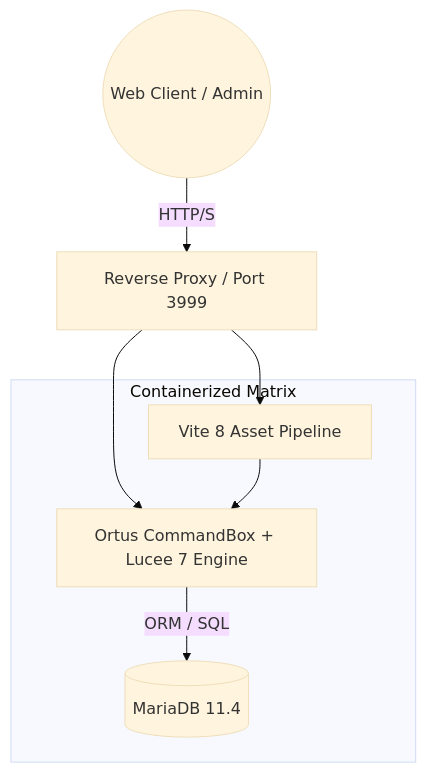
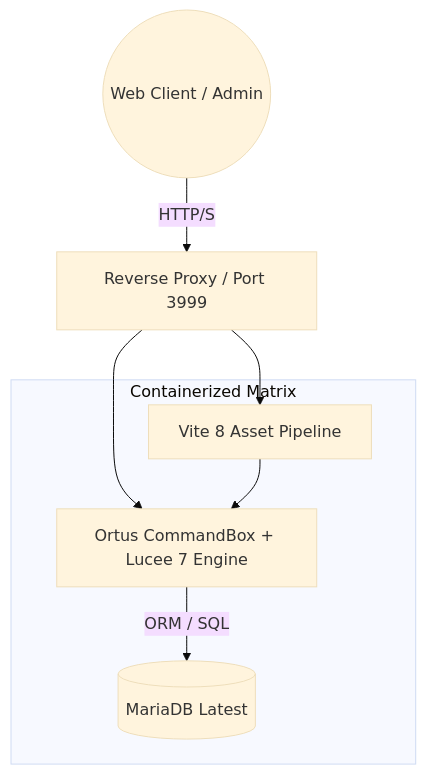
One commit to HarryDotMYx/RBS changed the diagram in README.md. Above: the diagram before and after it, drawn with Mermaid (base theme). The commit also changed other lines of this file and 1 other file, not shown here.

Commit message:
chore: upgrade MariaDB image version to latest in docker-compose and documentation

````diff
--- a/README.md
+++ b/README.md
@@ -36,11 +36,11 @@
 ```mermaid
 graph TD;
     Client((Web Client / Admin)) -->|HTTP/S| Proxy[Reverse Proxy / Port 3999]
     Proxy --> Frontend[Vite 8 Asset Pipeline]
     Proxy --> AppNode[Ortus CommandBox + Lucee 7 Engine]
     
     subgraph Containerized Matrix
-      AppNode --> |ORM / SQL| DB[(MariaDB 11.4)]
+      AppNode --> |ORM / SQL| DB[(MariaDB Latest)]
       Frontend --> AppNode
     end
 ```
````
